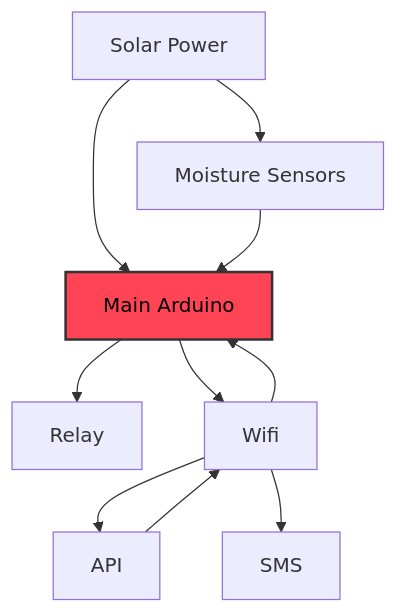
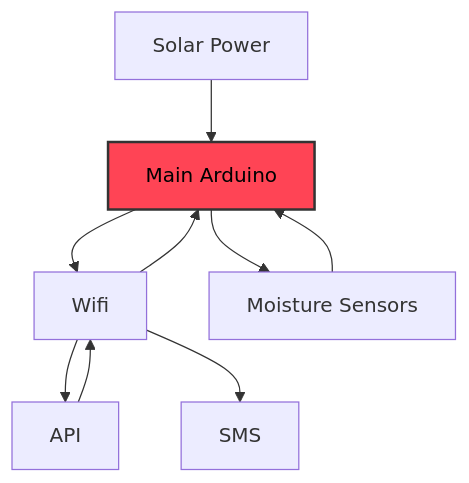
One commit to FegelSamuel/Sprinkler-System changed the diagram in README.md. Above: the diagram before and after it, drawn with Mermaid.

Commit message:
phan updates

````diff
--- a/README.md
+++ b/README.md
@@ -1,15 +1,14 @@
 ```mermaid
 graph TD
     A["Solar Power"] --> B["Main Arduino"]
-    A["Solar Power"] --> D["Moisture Sensors"]
-    B["Main Arduino"] --> H["Relay"]
     B["Main Arduino"] --> C["Wifi"]
     C["Wifi"] --> E["API"]
     E["API"] --> C["Wifi"]
     C["Wifi"] --> F["SMS"]
     C["Wifi"] --> B["Main Arduino"]
     D["Moisture Sensors"] --> B["Main Arduino"]
+    B --> D
     classDef red fill:#f45,stroke:#333,stroke-width:2px;
     style B color:black;
     class B red;
 ```
````
